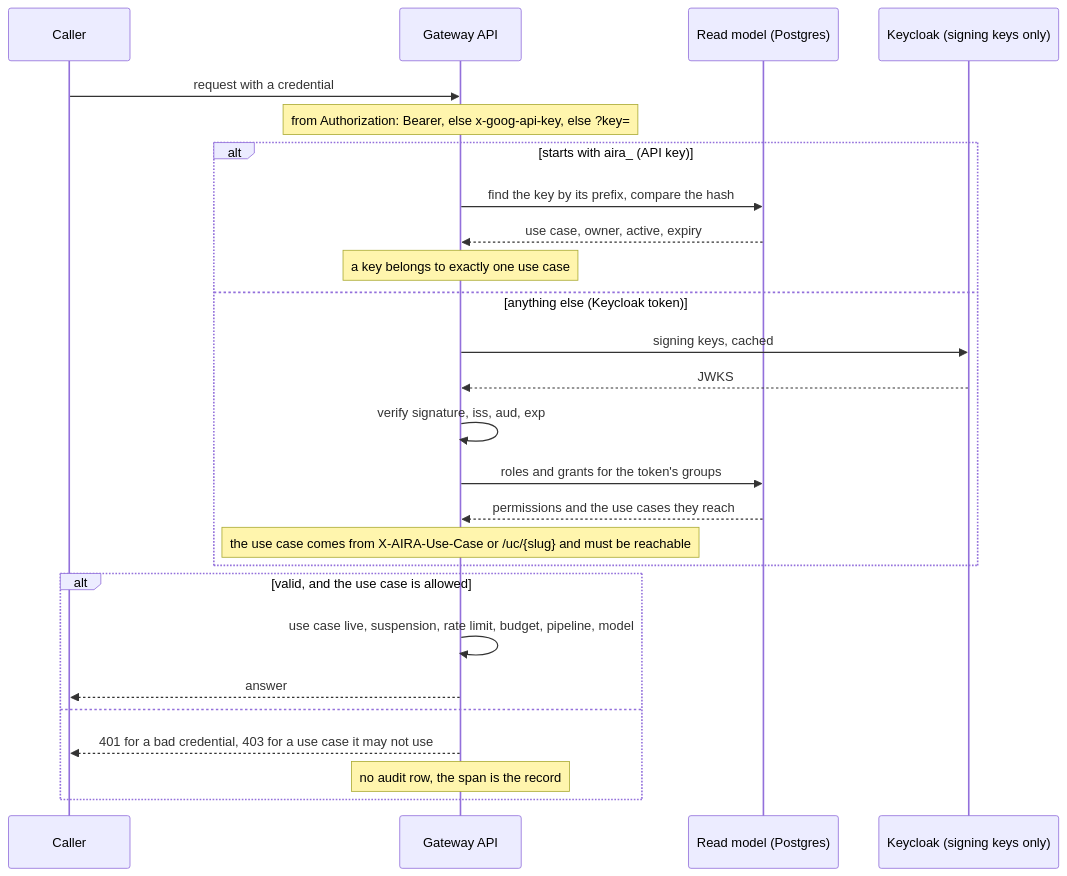
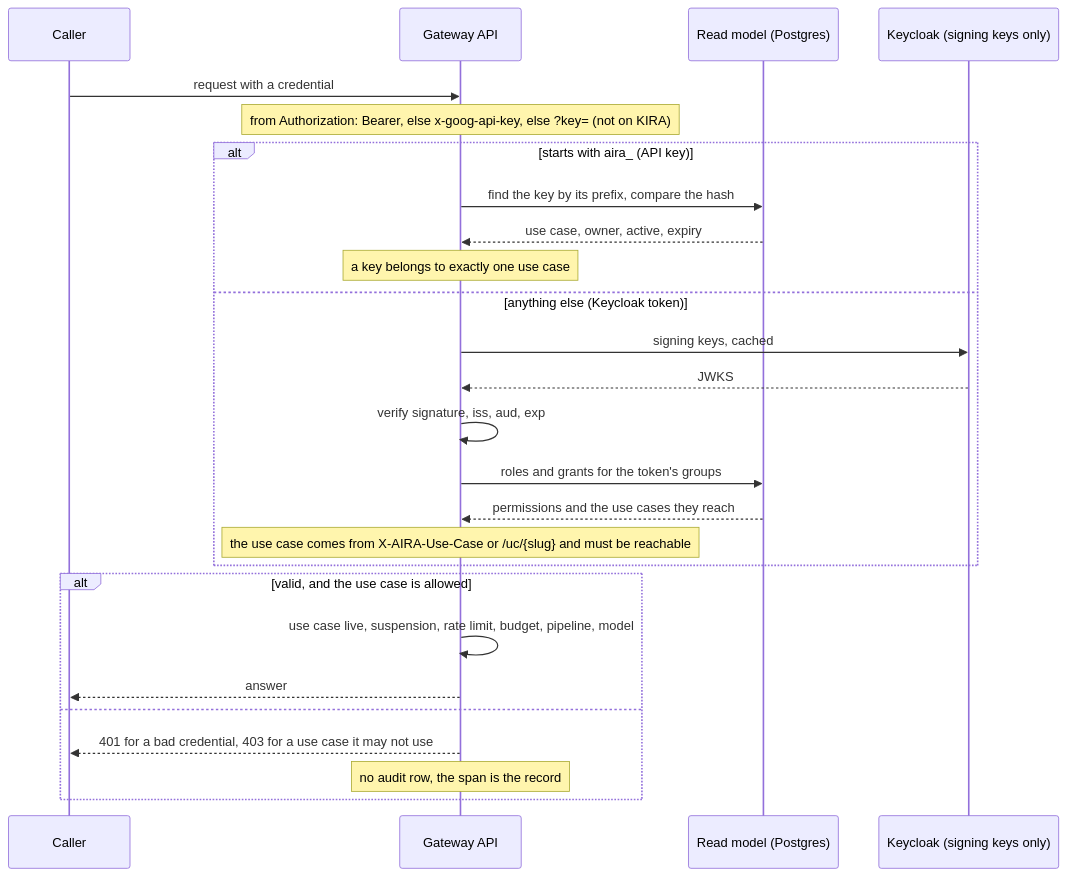
One commit to InigoImago/AIRA-Gateway changed diagram 12 of 13 in docs/ARCHITECTURE.md. Above: the diagram before and after it, drawn with Mermaid. The commit also changed other lines of this file and 143 other files, not shown here.

````diff
--- a/docs/ARCHITECTURE.md
+++ b/docs/ARCHITECTURE.md
@@ -1071,29 +1071,29 @@
 ```mermaid
 sequenceDiagram
     participant X as Caller
     participant G as Gateway API
     participant R as Read model (Postgres)
     participant K as Keycloak (signing keys only)
 
     X->>G: request with a credential
-    Note over G: from Authorization: Bearer, else x-goog-api-key, else ?key=
+    Note over G: from Authorization: Bearer, else x-goog-api-key, else ?key= (not on KIRA)
     alt starts with aira_ (API key)
         G->>R: find the key by its prefix, compare the hash
         R-->>G: use case, owner, active, expiry
         Note over G: a key belongs to exactly one use case
     else anything else (Keycloak token)
         G->>K: signing keys, cached
         K-->>G: JWKS
         G->>G: verify signature, iss, aud, exp
         G->>R: roles and grants for the token's groups
         R-->>G: permissions and the use cases they reach
         Note over G: the use case comes from X-AIRA-Use-Case or /uc/{slug} and must be reachable
     end
     alt valid, and the use case is allowed
         G->>G: use case live, suspension, rate limit, budget, pipeline, model
         G-->>X: answer
     else
         G-->>X: 401 for a bad credential, 403 for a use case it may not use
         Note over G: no audit row, the span is the record
     end
 ```
````
